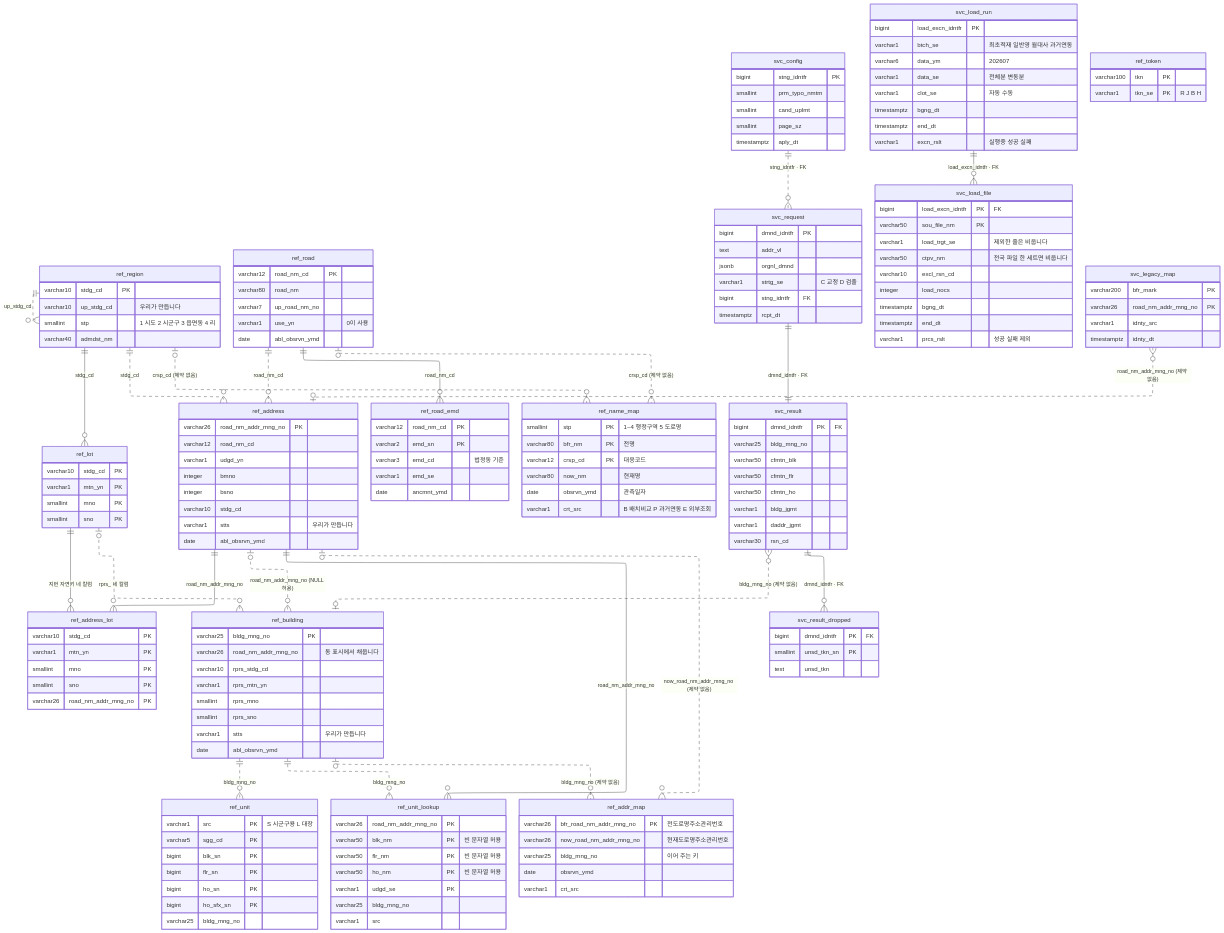
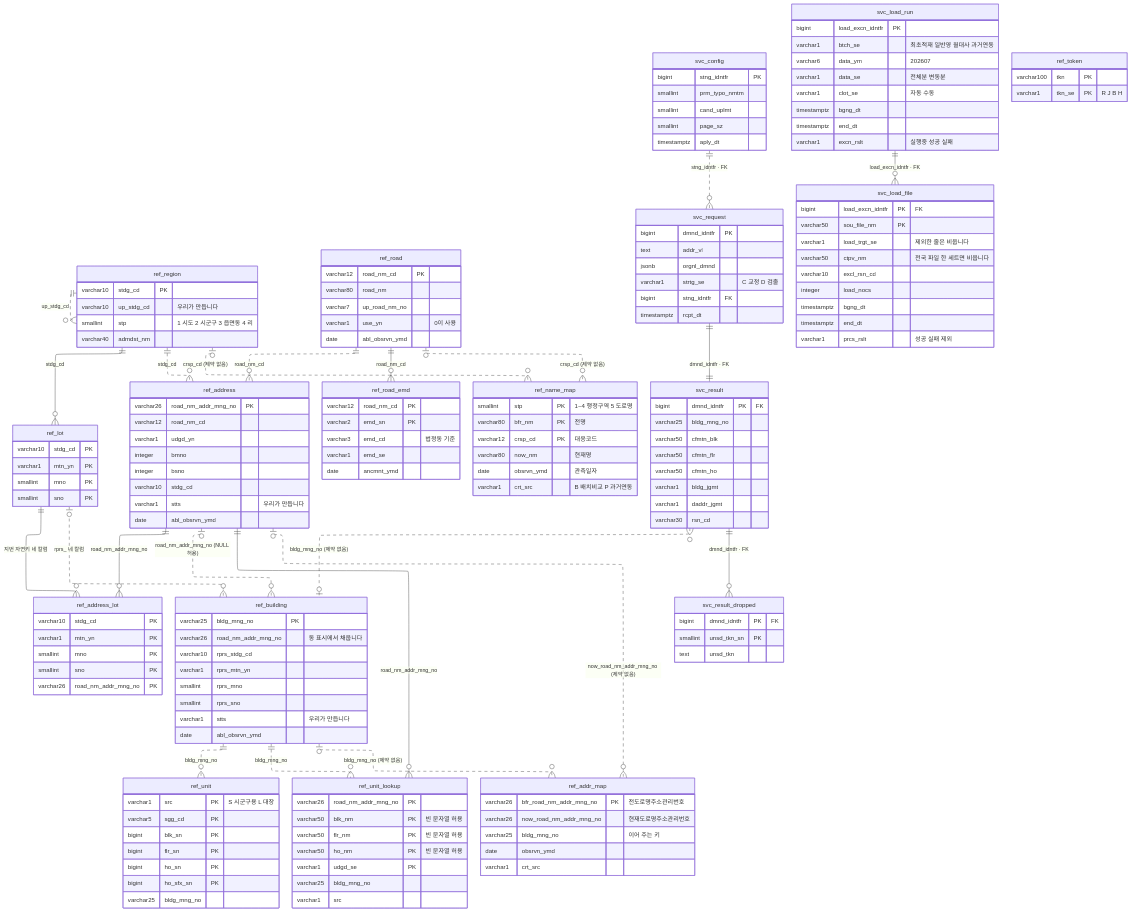
One commit to buss-sooin/address-refine-diagnostics changed the third of 3 diagrams in design/02-data-model.md. Above: the diagram before and after it, drawn with Mermaid. The commit also changed other lines of this file and 15 other files, not shown here.

```diff
--- a/design/02-data-model.md
+++ b/design/02-data-model.md
@@ -1335,7 +1309,6 @@
     svc_load_run   ||--o{ svc_load_file      : "load_excn_idntfr · FK"
 
     svc_result     }o..o| ref_building       : "bldg_mng_no (제약 없음)"
-    svc_legacy_map }o..o| ref_address        : "road_nm_addr_mng_no (제약 없음)"
 
     ref_region {
         varchar10 stdg_cd PK
@@ -1418,7 +1391,7 @@
         varchar12 crsp_cd PK "대응코드"
         varchar80 now_nm "현재명"
         date      obsrvn_ymd "관측일자"
-        varchar1  crt_src "B 배치비교 P 과거연동 E 외부조회"
+        varchar1  crt_src "B 배치비교 P 과거연동"
     }
     ref_addr_map {
         varchar26 bfr_road_nm_addr_mng_no PK "전도로명주소관리번호"
@@ -1457,12 +1430,6 @@
         smallint unsd_tkn_sn PK
         text     unsd_tkn
     }
-    svc_legacy_map {
-        varchar200  bfr_mark PK
-        varchar26   road_nm_addr_mng_no PK
-        varchar1    idnty_src
-        timestamptz idnty_dt
-    }
     svc_load_run {
         bigint      load_excn_idntfr PK
         varchar1    btch_se "최초적재 일반영 월대사 과거연동"
```
